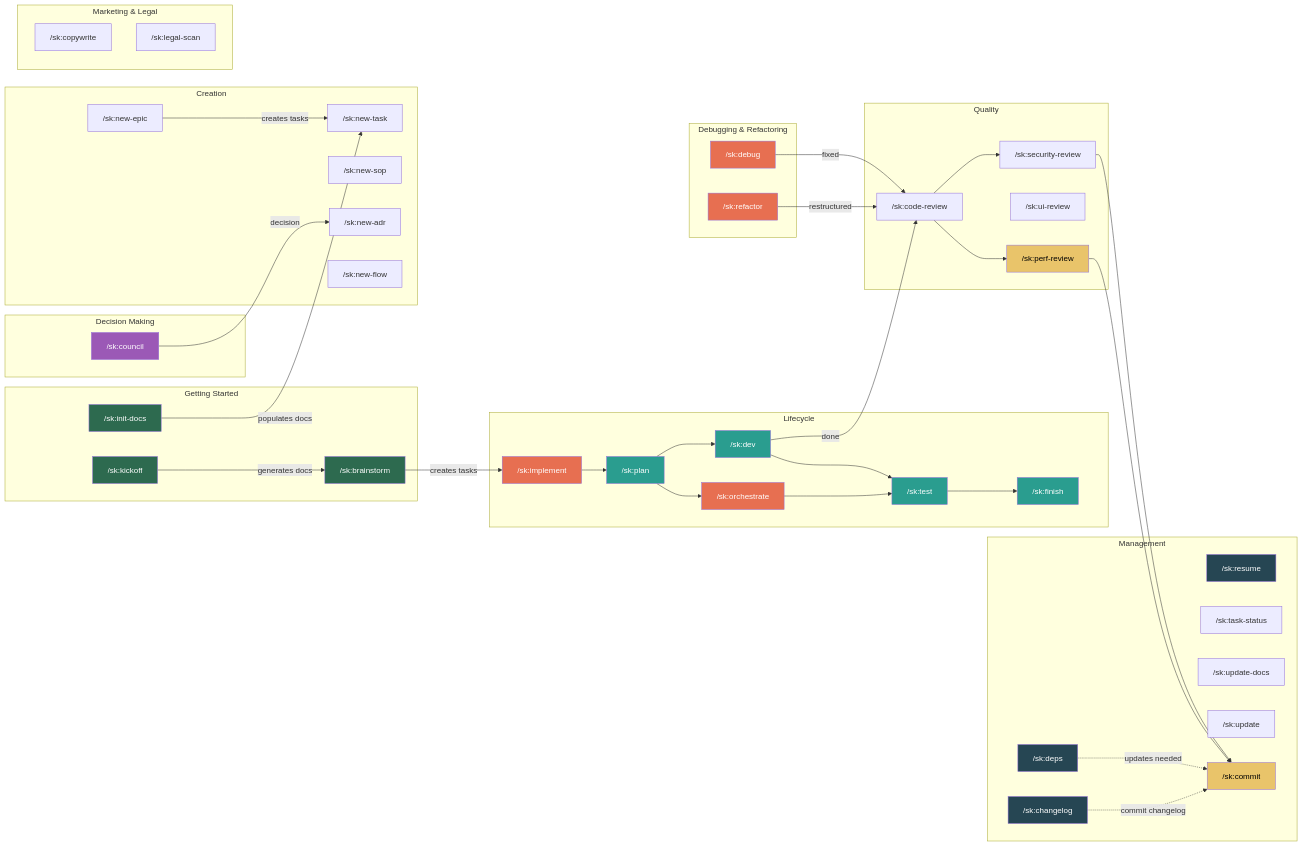
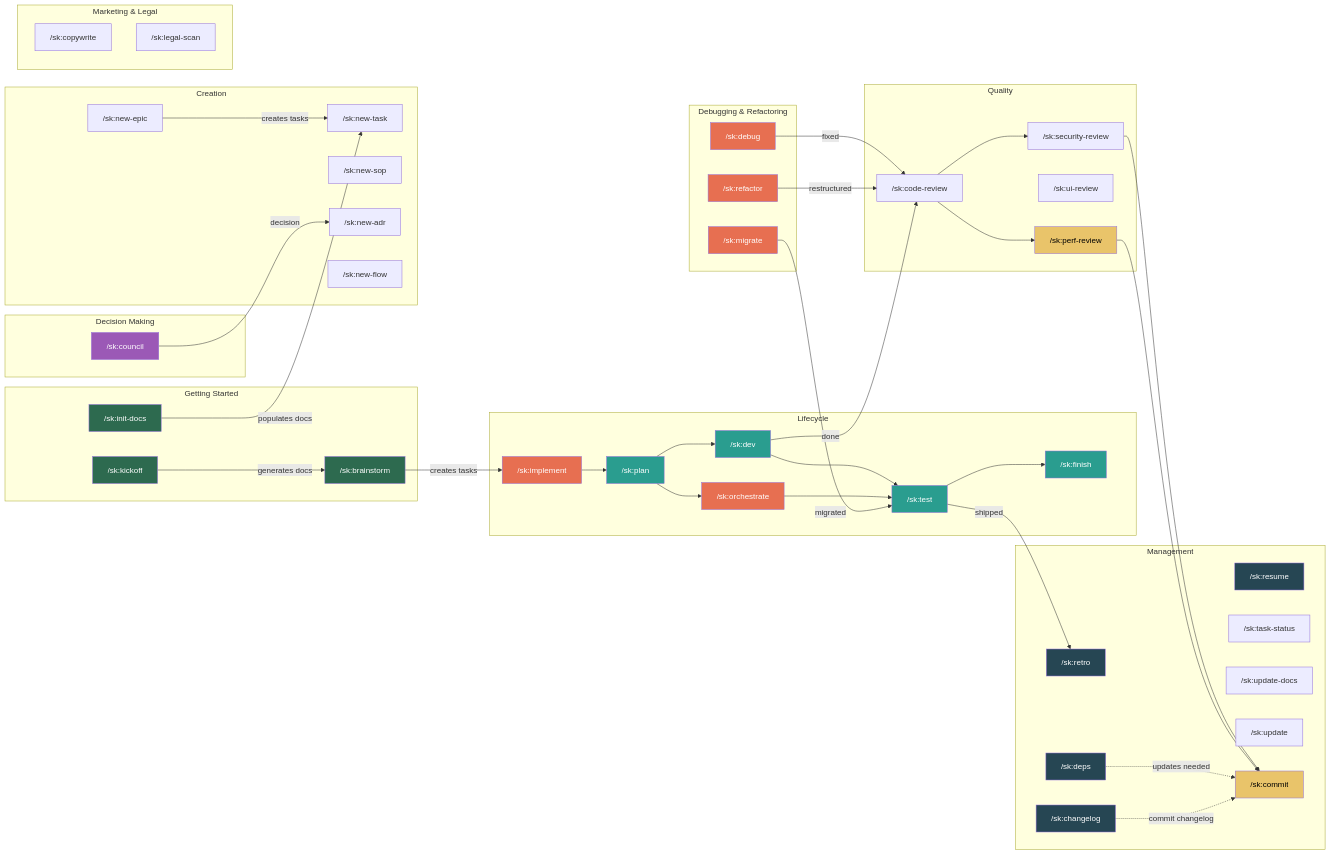
Before and after one commit to moniav/sk: the fifth of 5 diagrams in Readme.md, drawn with Mermaid. The commit also changed other lines of this file, not shown here.

```diff
--- a/Readme.md
+++ b/Readme.md
@@ -301,6 +301,7 @@
     subgraph "Debugging & Refactoring"
         debug["/sk:debug"]
         refactor["/sk:refactor"]
+        migrate["/sk:migrate"]
     end
 
     subgraph "Marketing & Legal"
@@ -310,6 +311,7 @@
 
     subgraph "Management"
         resume["/sk:resume"]
+        retro["/sk:retro"]
         status["/sk:task-status"]
         updatedocs["/sk:update-docs"]
         update["/sk:update"]
@@ -340,6 +342,8 @@
     council -->|"decision"| newadr
     debug -->|"fixed"| codereview
     refactor -->|"restructured"| codereview
+    migrate -->|"migrated"| test
+    test -->|"shipped"| retro
 
     deps -.->|"updates needed"| commit
     changelog -.->|"commit changelog"| commit
@@ -357,6 +361,8 @@
     style perfreview fill:#e9c46a,color:#000
     style debug fill:#e76f51,color:#fff
     style refactor fill:#e76f51,color:#fff
+    style migrate fill:#e76f51,color:#fff
+    style retro fill:#264653,color:#fff
     style changelog fill:#264653,color:#fff
     style deps fill:#264653,color:#fff
     style commit fill:#e9c46a,color:#000
```
